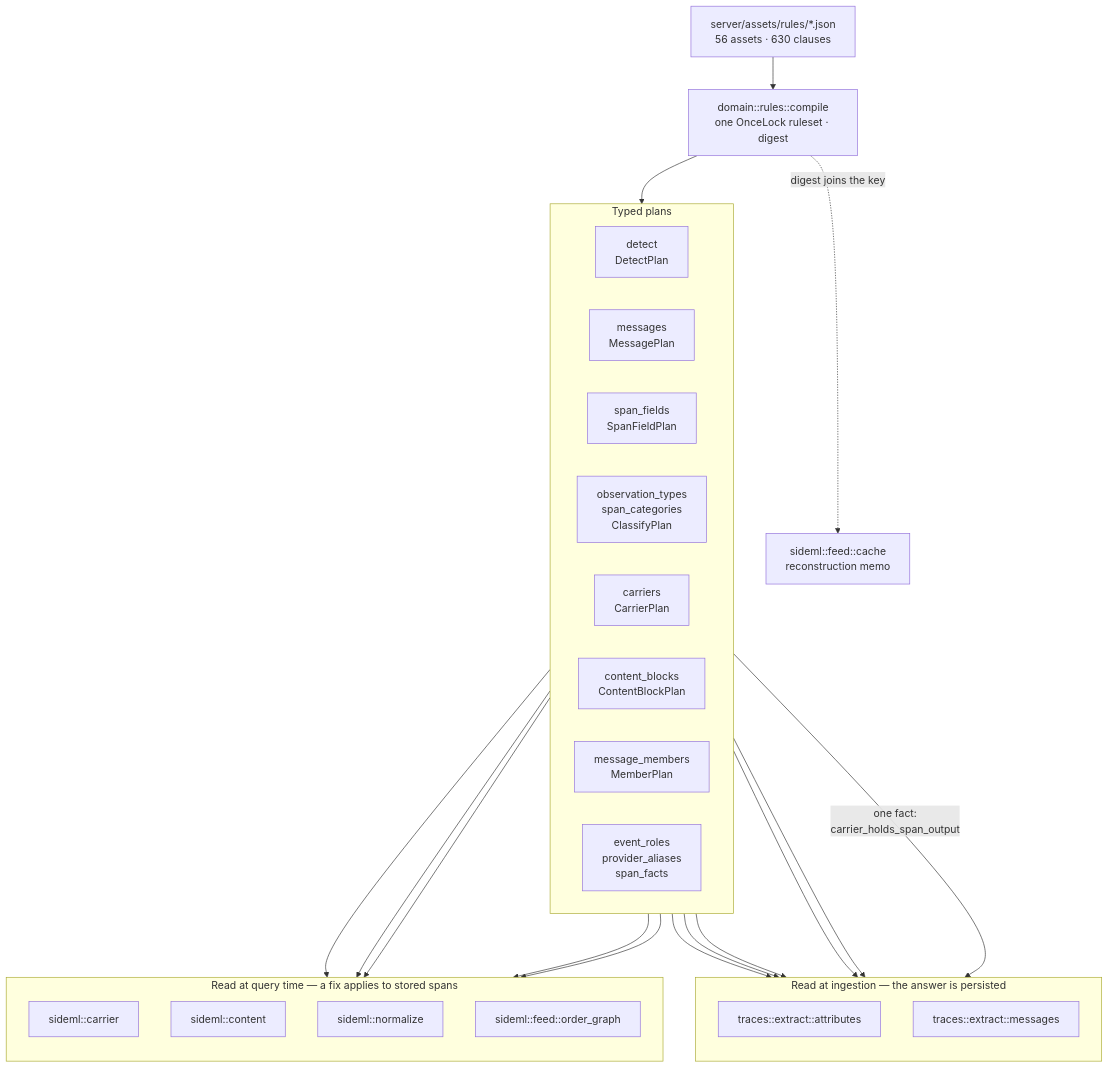
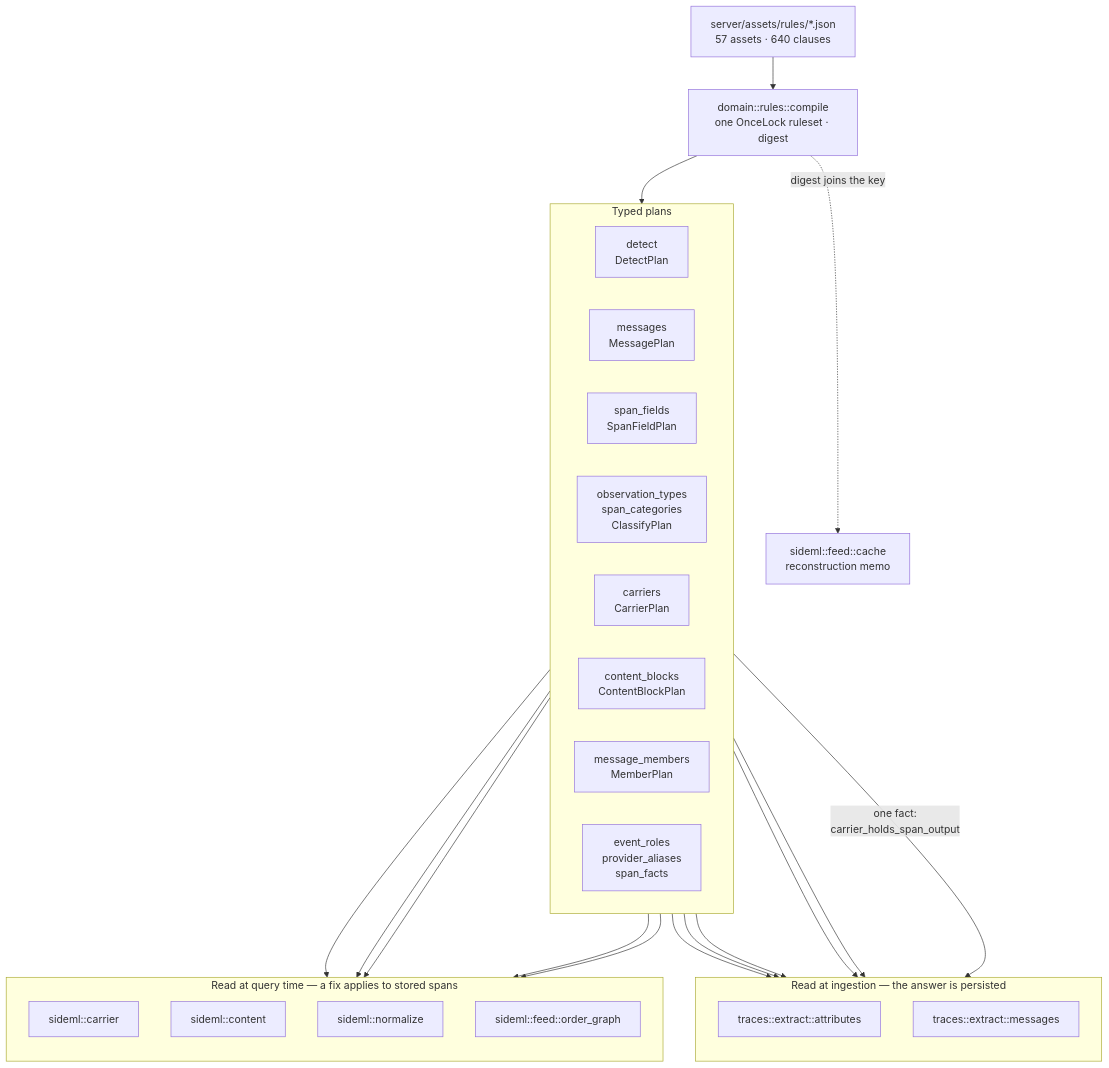
The first of 7 diagrams in docs/engineering/architecture-diagrams.md (sideseat/sideseat), drawn with Mermaid before and after one commit. The commit also changed 41 other files, not shown here.

````diff
--- a/docs/engineering/architecture-diagrams.md
+++ b/docs/engineering/architecture-diagrams.md
@@ -18,47 +18,47 @@
 ```mermaid
 flowchart TB
-    assets["server/assets/rules/*.json<br/>56 assets · 630 clauses"]
+    assets["server/assets/rules/*.json<br/>57 assets · 640 clauses"]
     compile["domain::rules::compile<br/>one OnceLock ruleset · digest"]
     assets --> compile
 
     subgraph plans["Typed plans"]
         direction LR
         detect["detect<br/>DetectPlan"]
         messages["messages<br/>MessagePlan"]
         fields["span_fields<br/>SpanFieldPlan"]
         classify["observation_types<br/>span_categories<br/>ClassifyPlan"]
         carriers["carriers<br/>CarrierPlan"]
         blocks["content_blocks<br/>ContentBlockPlan"]
         members["message_members<br/>MemberPlan"]
         roles["event_roles<br/>provider_aliases<br/>span_facts"]
     end
     compile --> plans
 
     subgraph ingest["Read at ingestion — the answer is persisted"]
         direction TB
         attrs["traces::extract::attributes"]
         msgs["traces::extract::messages"]
     end
 
     subgraph query["Read at query time — a fix applies to stored spans"]
         direction TB
         carrier["sideml::carrier"]
         content["sideml::content"]
         normalize["sideml::normalize"]
         order["sideml::feed::order_graph"]
     end
 
     detect --> attrs
     fields --> attrs
     classify --> attrs
     roles --> attrs
     messages --> msgs
     carriers -->|"one fact:<br/>carrier_holds_span_output"| msgs
     carriers --> carrier
     carriers --> order
     blocks --> content
     members --> content
     roles --> normalize
 
     compile -. "digest joins the key" .-> cache["sideml::feed::cache<br/>reconstruction memo"]
 ```
````
